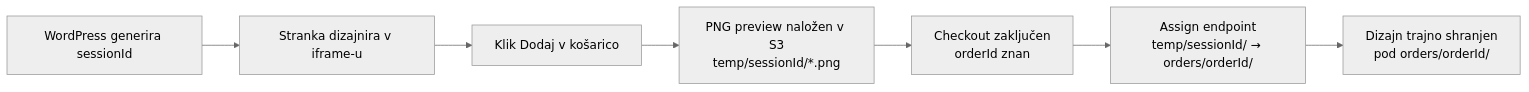
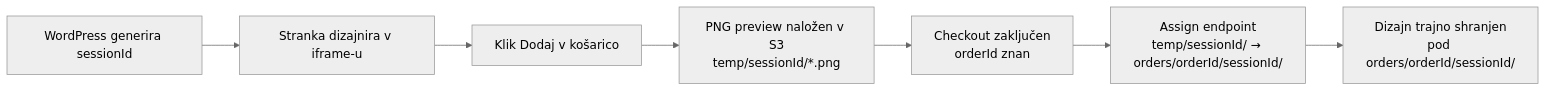
One commit to neoxk/printforge changed diagram 19 of 20 in README.md. Above: the diagram before and after it, drawn with Mermaid (neutral theme). The commit also changed other lines of this file and 6 other files, not shown here.

````diff
--- a/README.md
+++ b/README.md
@@ -1265,9 +1375,9 @@
 ```mermaid
 flowchart LR
     A[WordPress generira sessionId] --> B[Stranka dizajnira v iframe-u]
     B --> C[Klik Dodaj v košarico]
     C --> D[PNG preview naložen v S3\ntemp/sessionId/*.png]
     D --> E[Checkout zaključen\norderId znan]
-    E --> F[Assign endpoint\ntemp/sessionId/ → orders/orderId/]
-    F --> G[Dizajn trajno shranjen\npod orders/orderId/]
+    E --> F[Assign endpoint\ntemp/sessionId/ → orders/orderId/sessionId/]
+    F --> G[Dizajn trajno shranjen\npod orders/orderId/sessionId/]
 ```
````
